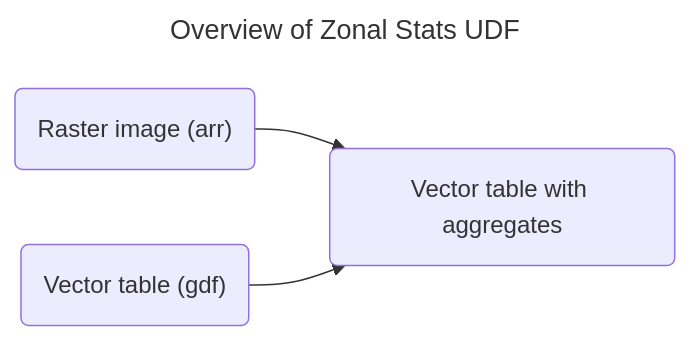
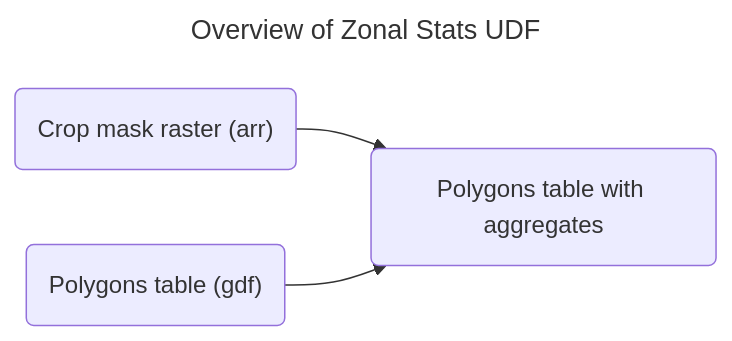
Before and after one commit to fusedio/fused-docs: the diagram in docs/user-guide/fused-in-10-minutes.mdx, drawn with Mermaid.

````diff
--- a/docs/user-guide/fused-in-10-minutes.mdx
+++ b/docs/user-guide/fused-in-10-minutes.mdx
@@ -88,9 +88,9 @@
 ```mermaid
 ---
 title: Overview of Zonal Stats UDF
 ---
 graph LR
-    A("Raster image (arr)") --> E{Zonal Stats}
-    B("Vector table (gdf)") --> E
-    E(Vector table with aggregates)
+    A("Crop mask raster (arr)") --> E{Zonal Stats}
+    B("Polygons table (gdf)") --> E
+    E(Polygons table with aggregates)
 ```
````
